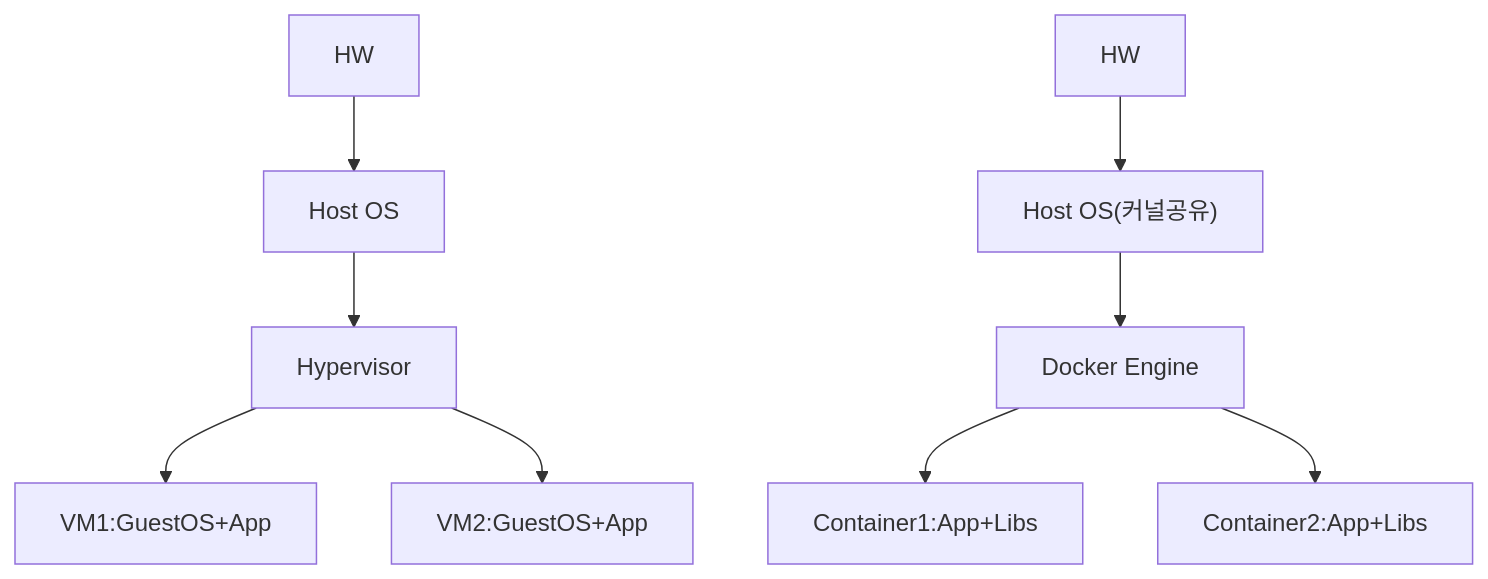
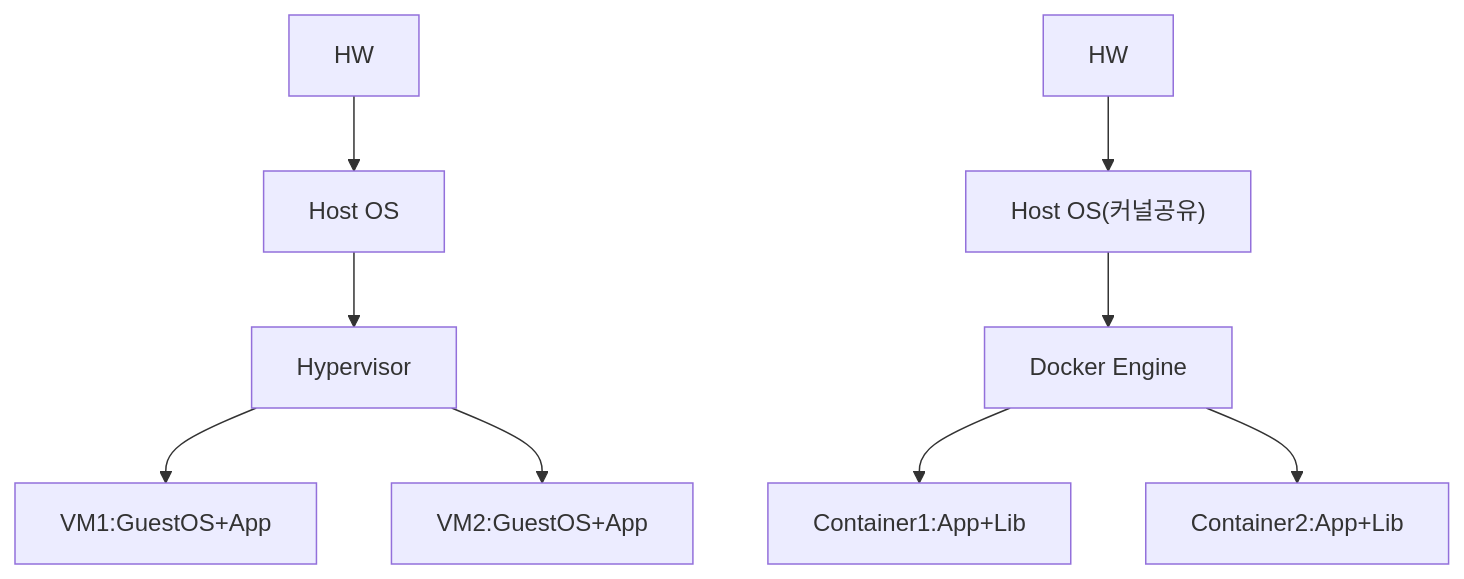
Before and after one commit to yjkim2015/yjkim2015.github.io: the first of 2 diagrams in _posts/cloud/2026-05-01-docker.md, drawn with Mermaid. The commit also changed other lines of this file and 271 other files, not shown here.

First line of the commit message:
Mermaid 라벨 축소: 긴 노드 텍스트 18자 이하로 트림 + \n 제거

````diff
--- a/_posts/cloud/2026-05-01-docker.md
+++ b/_posts/cloud/2026-05-01-docker.md
@@ -21,5 +21,5 @@
 ```mermaid
 graph TD
     HW1["HW"] --> OS1["Host OS"] --> HV["Hypervisor"] --> VM1["VM1:GuestOS+App"] & VM2["VM2:GuestOS+App"]
-    HW2["HW"] --> OS2["Host OS(커널공유)"] --> DE["Docker Engine"] --> C1["Container1:App+Libs"] & C2["Container2:App+Libs"]
+    HW2["HW"] --> OS2["Host OS(커널공유)"] --> DE["Docker Engine"] --> C1["Container1:App+Lib"] & C2["Container2:App+Lib"]
 ```
````
